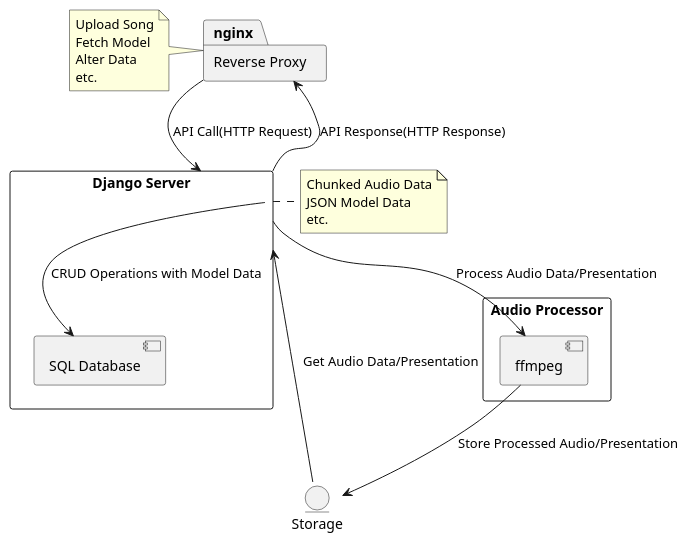
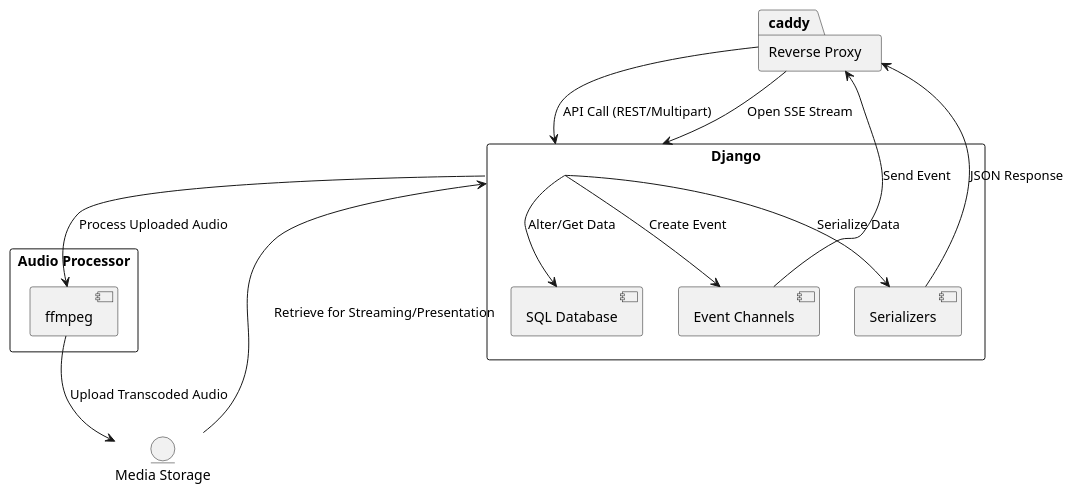
One commit to ddrddrr/musikk changed the diagram in specification/analysis/backend.puml. Above: the diagram before and after it, drawn with PlantUML. The commit also changed 28 other files, not shown here.

```diff
--- a/specification/analysis/backend.puml
+++ b/specification/analysis/backend.puml
@@ -1,38 +1,33 @@
 @startuml DjangoServer
 
 skinparam packageStyle rectangle
 
-package "Reverse Proxy" as nginx
+package "Reverse Proxy" as caddy
 
-package "Django Server" as django {
+package "Django" as django {
     [SQL Database] as db
-'    [Task Queue] as rabbit
-'    [Workers] as celery
+    [Event Channels] as eventstream
+    [Serializers] as serializers
 }
 
-package "Audio Processor" as audioproc{
-     [ffmpeg]
+package "Audio Processor" as audioproc {
+    [ffmpeg]
 }
-entity "Storage" as store
 
-nginx --> django: API Call(HTTP Request)
-note right of django
-Chunked Audio Data
-JSON Model Data
-etc.
-end note
+entity "Media Storage" as store
 
-django -up-> nginx: API Response(HTTP Response)
-note left of nginx
-Upload Song
-Fetch Model
-Alter Data
-etc.
-end note
+caddy --> django: API Call (REST/Multipart)
+django --> db: Alter/Get Data
+django --> eventstream: Create Event
 
-django --> db: CRUD Operations with Model Data
-django -down-> ffmpeg: Process Audio Data/Presentation
-ffmpeg -down-> store: Store Processed Audio/Presentation
-django <-down- store: Get Audio Data/Presentation
+django --> serializers: Serialize Data
+serializers -up-> caddy: JSON Response
+
+caddy --> django: Open SSE Stream
+eventstream -up-> caddy: Send Event
+
+django --> ffmpeg: Process Uploaded Audio
+ffmpeg --> store: Upload Transcoded Audio
+django <-- store: Retrieve for Streaming/Presentation
 
 @enduml
```
